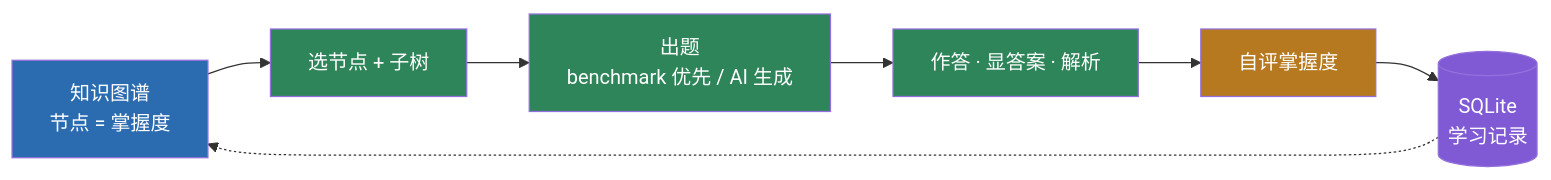
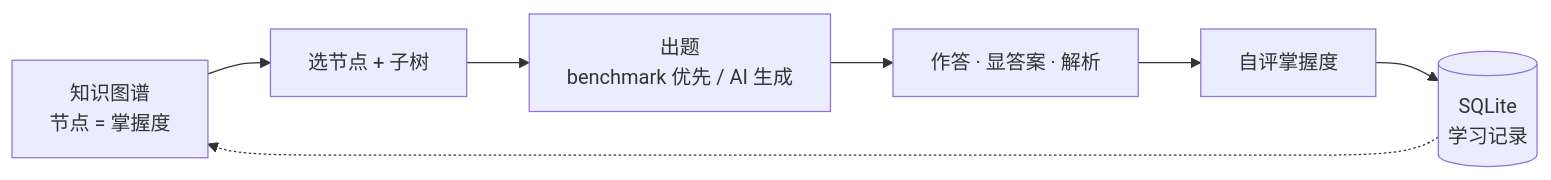
The ninth of 12 diagrams in README.md (Baixiaodou/comm-knowledge-graph), drawn with Mermaid before and after one commit. The commit also changed other lines of this file, not shown here.

Commit message:
docs: 重组 README 结构（目录置顶、快速开始前移、重复章节合并、大图收进折叠块）

````diff
--- a/README.md
+++ b/README.md
@@ -585,15 +511,9 @@
 ```mermaid
 flowchart LR
     G["知识图谱<br/>节点 = 掌握度"] --> N["选节点 + 子树"]
     N --> Q["出题<br/>benchmark 优先 / AI 生成"]
     Q --> A["作答 · 显答案 · 解析"]
     A --> M["自评掌握度"]
     M --> DB[("SQLite<br/>学习记录")]
     DB -.-> G
-    style G fill:#2b6cb0,color:#fff
-    style N fill:#2f855a,color:#fff
-    style Q fill:#2f855a,color:#fff
-    style A fill:#2f855a,color:#fff
-    style M fill:#b7791f,color:#fff
-    style DB fill:#805ad5,color:#fff
 ```
````
